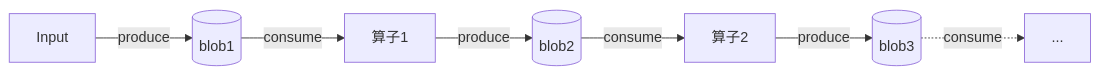
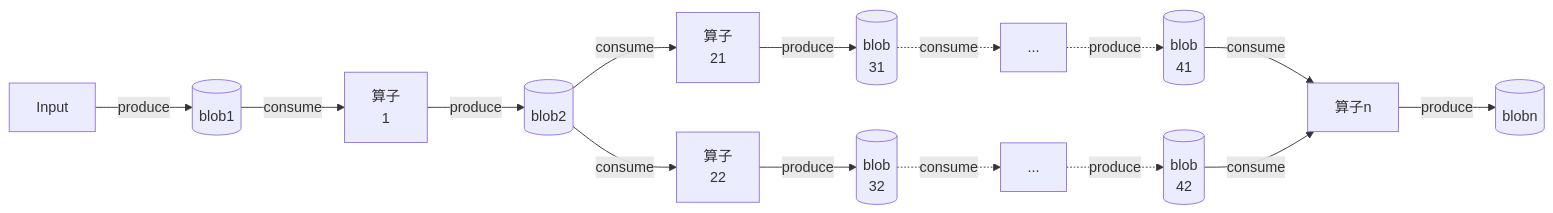
Before and after one commit to 18610361898/ai4rp: the seventh of 8 diagrams in README.md, drawn with Mermaid. The commit also changed other lines of this file and 1 other file, not shown here.

````diff
--- a/README.md
+++ b/README.md
@@ -836,17 +844,32 @@
 ```mermaid
 graph LR
   A[Input]
   X1@{ shape: cyl, label: "blob1" }
-  B[算子1]
+  B[算子<br>1]
   X2@{ shape: cyl, label: "blob2" }
-  C[算子2]
-  X3@{ shape: cyl, label: "blob3" }
-  D[...]
+  C1[算子<br>21]
+  C2[算子<br>22]
+  X31@{ shape: cyl, label: "blob<br>31" }
+  X32@{ shape: cyl, label: "blob<br>32" }
+  D1[...]
+  D2[...]
+  X41@{ shape: cyl, label: "blob<br>41" }
+  X42@{ shape: cyl, label: "blob<br>42" }
+  E[算子n]
+  Xn@{ shape: cyl, label: "blobn" }
 
   A   --> |produce|X1
   X1  --> |consume|B
   B   --> |produce|X2
-  X2  --> |consume|C
-  C   --> |produce|X3
-  X3 -.-> |consume|D
+  X2  --> |consume|C1
+  C1  --> |produce|X31
+  X31-.-> |consume|D1
+  D1 -.-> |produce|X41
+  X2  --> |consume|C2
+  C2  --> |produce|X32
+  X32-.-> |consume|D2
+  D2 -.-> |produce|X42
+  X41 --> |consume|E
+  X42 --> |consume|E
+  E   --> |produce|Xn
 ```
````
